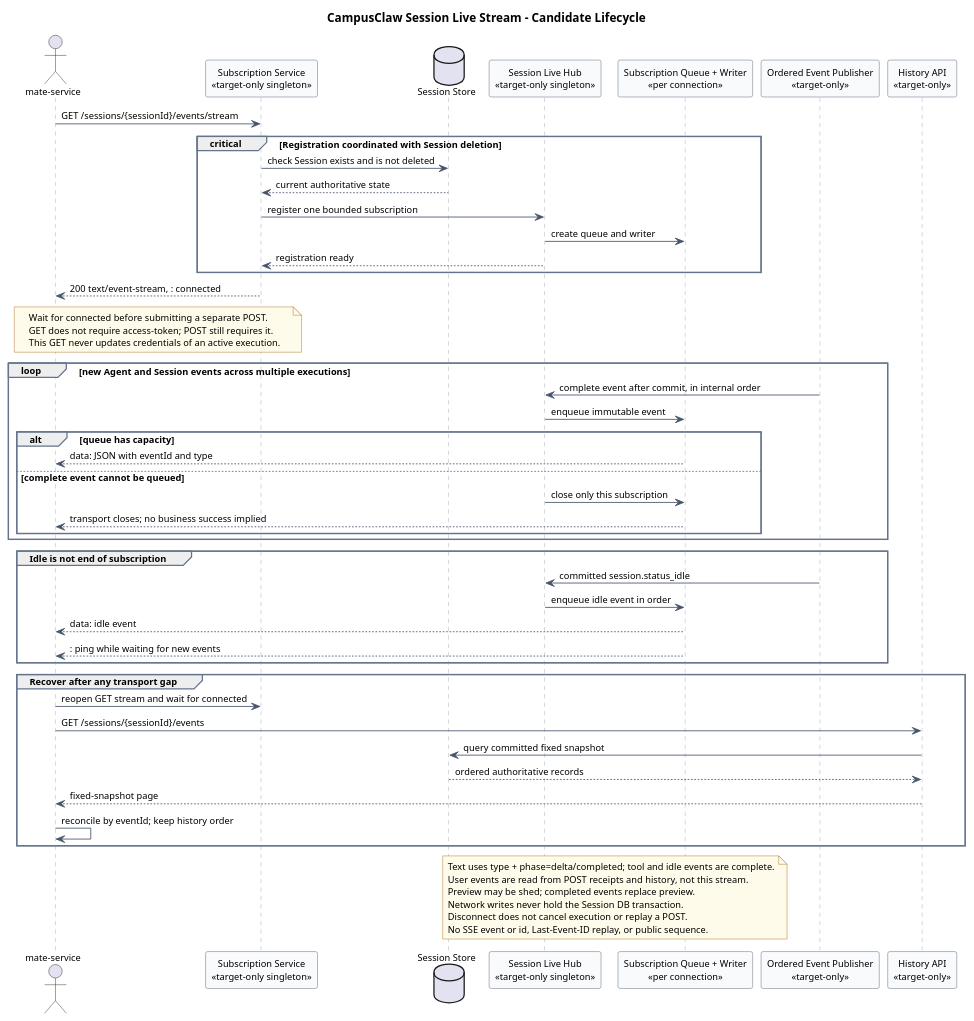
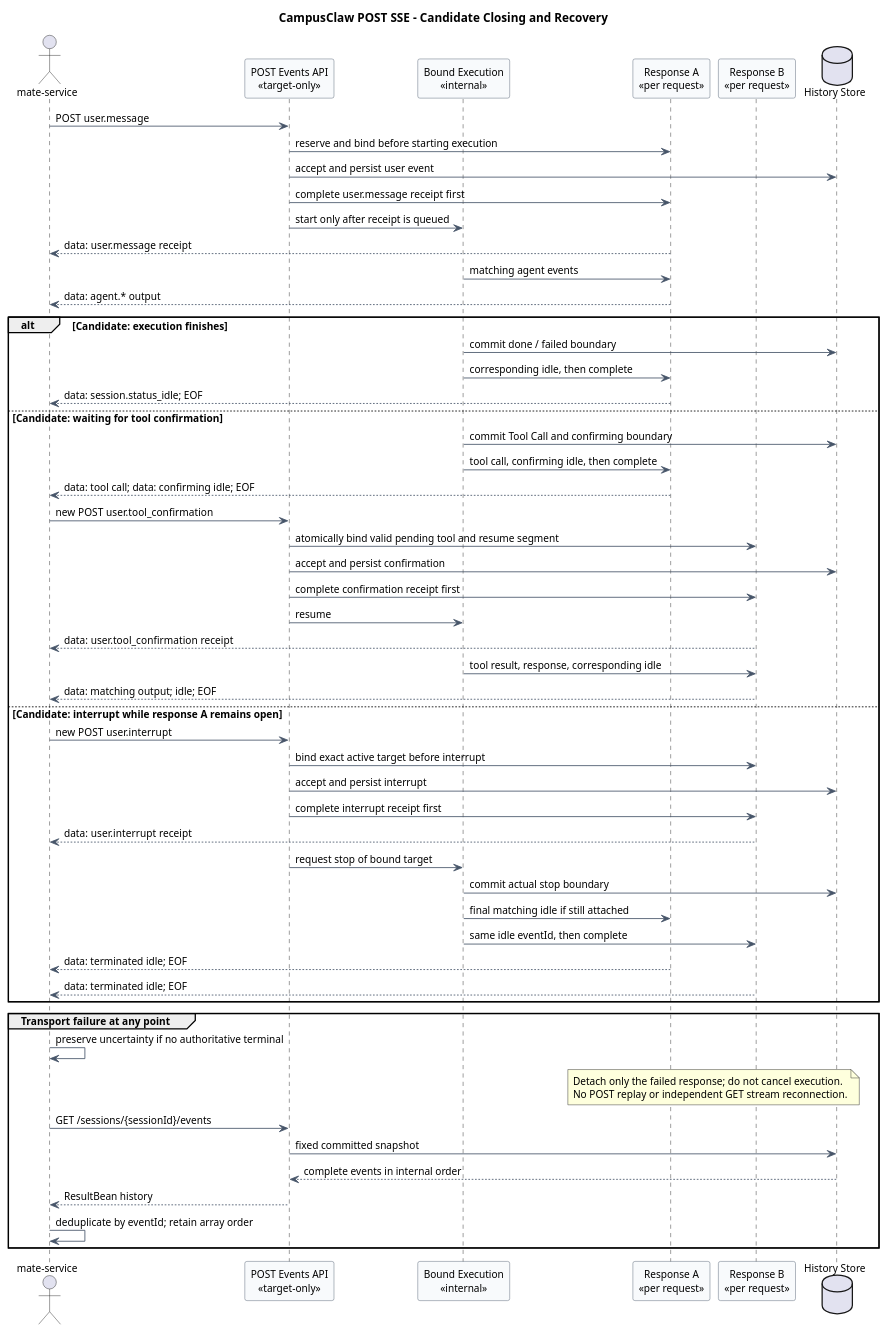
Before and after one commit to ssm0808/pi-mono-java-design: the third of 3 diagrams in 01-总体架构/01-CampusClaw多Agent运行时/设计图/事件接口重设计/diagram.puml, drawn with PlantUML. The commit also changed other lines of this file and 13 other files, not shown here.

Commit message:
docs(runtime): 合并事件提交与请求级 SSE 推送

```diff
--- a/01-总体架构/01-CampusClaw多Agent运行时/设计图/事件接口重设计/diagram.puml
+++ b/01-总体架构/01-CampusClaw多Agent运行时/设计图/事件接口重设计/diagram.puml
@@ -283,94 +187,80 @@
 @startuml target_session_live_stream_lifecycle
-title CampusClaw Session Live Stream - Candidate Lifecycle
-
-' Source evidence (pi-mono-java a8192e047f4061bd385297d3dc6c4358362d0d49):
-' campusclaw/src/main/java/com/huawei/hicampus/claw/codingagent/runtimeapi/web/RuntimeEventController.java,
-' RuntimeEventController.submit and list: POST-scoped SSE; no standalone GET stream.
-' campusclaw/src/main/java/com/huawei/hicampus/claw/codingagent/runtimeapi/event/RuntimeEventStream.java,
-' RuntimeEventStream.attach, emit, and emitBestEffort: one subscriber and bounded buffering.
+title CampusClaw POST SSE - Candidate Closing and Recovery
+' Stable block name retained for existing SVG links; this is no longer a GET stream.
+' Source evidence: pi-mono-java 918005ee8ccc88d179fc31a0de17a92b4a01383b.
+' campusclaw/src/main/java/com/huawei/hicampus/claw/codingagent/runtimeapi/event/RuntimeTerminalEventFactory.java,
+' emit, lines 34-57: current idle plus stream.end, or stream.error on failure.
 ' campusclaw/src/main/java/com/huawei/hicampus/claw/codingagent/runtimeapi/web/RuntimeSseEmitterSubscriber.java,
-' onEvent and onHeartbeat: named SSE with optional id; heartbeat comments.
-' The cited files are unchanged from c9d858bc8261bf07f5585f545b53495bf2226a56.
-' Target-only architecture change: register Session-scoped subscriptions independently
-' of execution; data-only frames are confirmed, connected comments remain proposed.
-' Confirmed product constraint (2026-09-04): idle uses session.status_idle.
-' Confirmed S1-S4: data-only, text type + phase, user events via receipt/history,
-' and no required GET access-token. Other lifecycle details remain proposed.
-' Design reason: distinguish subscription readiness, durable commit order, preview,
-' and transport loss without cancelling or replaying an accepted user request.
-
+' onEvent/onComplete, lines 33-49: named SSE; explicit emitter completion.
+' Confirmed: one POST for input/output, user receipt first, data-only and type+phase.
+' Target-only: matching idle ends this response, confirming splits the interaction.
+' Design reason: do not keep a completed request open for unrelated later messages.
+' Control binding, idle reasons and exact closing behavior are still unconfirmed.
 skinparam backgroundColor #FFFFFF
 skinparam shadowing false
 skinparam defaultFontName Arial
-skinparam defaultFontSize 11
+skinparam defaultFontSize 12
 skinparam sequence {
+  ParticipantBackgroundColor #F8FAFC
+  ParticipantBorderColor #475569
   ArrowColor #475569
-  ParticipantBorderColor #475569
-  ParticipantBackgroundColor #F8FAFC
-  LifeLineBorderColor #94A3B8
-  GroupBorderColor #64748B
 }
-skinparam note {
-  BackgroundColor #FFFBEA
-  BorderColor #A16207
-}
+actor "mate-service" as Client
+participant "POST Events API\n<<target-only>>" as API
+participant "Bound Execution\n<<internal>>" as Execution
+participant "Response A\n<<per request>>" as A
+participant "Response B\n<<per request>>" as B
+database "History Store" as Store
 
-actor "mate-service" as Client
-participant "Subscription Service\n<<target-only singleton>>" as Service
-database "Session Store" as Store
-participant "Session Live Hub\n<<target-only singleton>>" as Hub
-participant "Subscription Queue + Writer\n<<per connection>>" as Connection
-participant "Ordered Event Publisher\n<<target-only>>" as Publisher
-participant "History API\n<<target-only>>" as History
+Client -> API : POST user.message
+API -> A : reserve and bind before starting execution
+API -> Store : accept and persist user event
+API -> A : complete user.message receipt first
+API -> Execution : start only after receipt is queued
+A --> Client : data: user.message receipt
+Execution -> A : matching agent events
+A --> Client : data: agent.* output
 
-Client -> Service : GET /sessions/{sessionId}/events/stream
-critical Registration coordinated with Session deletion
-  Service -> Store : check Session exists and is not deleted
-  Store --> Service : current authoritative state
-  Service -> Hub : register one bounded subscription
-  Hub -> Connection : create queue and writer
-  Hub --> Service : registration ready
-end
-Service --> Client : 200 text/event-stream, : connected
-note over Client,Service
-Wait for connected before submitting a separate POST.
-GET does not require access-token; POST still requires it.
-This GET never updates credentials of an active execution.
-end note
-
-loop new Agent and Session events across multiple executions
-  Publisher -> Hub : complete event after commit, in internal order
-  Hub -> Connection : enqueue immutable event
-  alt queue has capacity
-    Connection --> Client : data: JSON with eventId and type
-  else complete event cannot be queued
-    Hub -> Connection : close only this subscription
-    Connection --> Client : transport closes; no business success implied
-  end
+alt Candidate: execution finishes
+  Execution -> Store : commit done / failed boundary
+  Execution -> A : corresponding idle, then complete
+  A --> Client : data: session.status_idle; EOF
+else Candidate: waiting for tool confirmation
+  Execution -> Store : commit Tool Call and confirming boundary
+  Execution -> A : tool call, confirming idle, then complete
+  A --> Client : data: tool call; data: confirming idle; EOF
+  Client -> API : new POST user.tool_confirmation
+  API -> B : atomically bind valid pending tool and resume segment
+  API -> Store : accept and persist confirmation
+  API -> B : complete confirmation receipt first
+  API -> Execution : resume
+  B --> Client : data: user.tool_confirmation receipt
+  Execution -> B : tool result, response, corresponding idle
+  B --> Client : data: matching output; idle; EOF
+else Candidate: interrupt while response A remains open
+  Client -> API : new POST user.interrupt
+  API -> B : bind exact active target before interrupt
+  API -> Store : accept and persist interrupt
+  API -> B : complete interrupt receipt first
+  B --> Client : data: user.interrupt receipt
+  API -> Execution : request stop of bound target
+  Execution -> Store : commit actual stop boundary
+  Execution -> A : final matching idle if still attached
+  Execution -> B : same idle eventId, then complete
+  A --> Client : data: terminated idle; EOF
+  B --> Client : data: terminated idle; EOF
 end
 
-group Idle is not end of subscription
-  Publisher -> Hub : committed session.status_idle
-  Hub -> Connection : enqueue idle event in order
-  Connection --> Client : data: idle event
-  Connection --> Client : : ping while waiting for new events
+group Transport failure at any point
+  Client -> Client : preserve uncertainty if no authoritative terminal
+  note over A,B
+  Detach only the failed response; do not cancel execution.
+  No POST replay or independent GET stream reconnection.
+  end note
+  Client -> API : GET /sessions/{sessionId}/events
+  API -> Store : fixed committed snapshot
+  Store --> API : complete events in internal order
+  API --> Client : ResultBean history
+  Client -> Client : deduplicate by eventId; retain array order
 end
-
-group Recover after any transport gap
-  Client -> Service : reopen GET stream and wait for connected
-  Client -> History : GET /sessions/{sessionId}/events
-  History -> Store : query committed fixed snapshot
-  Store --> History : ordered authoritative records
-  History --> Client : fixed-snapshot page
-  Client -> Client : reconcile by eventId; keep history order
-end
-
-note over Hub,Connection
-Text uses type + phase=delta/completed; tool and idle events are complete.
-User events are read from POST receipts and history, not this stream.
-Preview may be shed; completed events replace preview.
-Network writes never hold the Session DB transaction.
-Disconnect does not cancel execution or replay a POST.
-No SSE event or id, Last-Event-ID replay, or public sequence.
-end note
 @enduml
```
